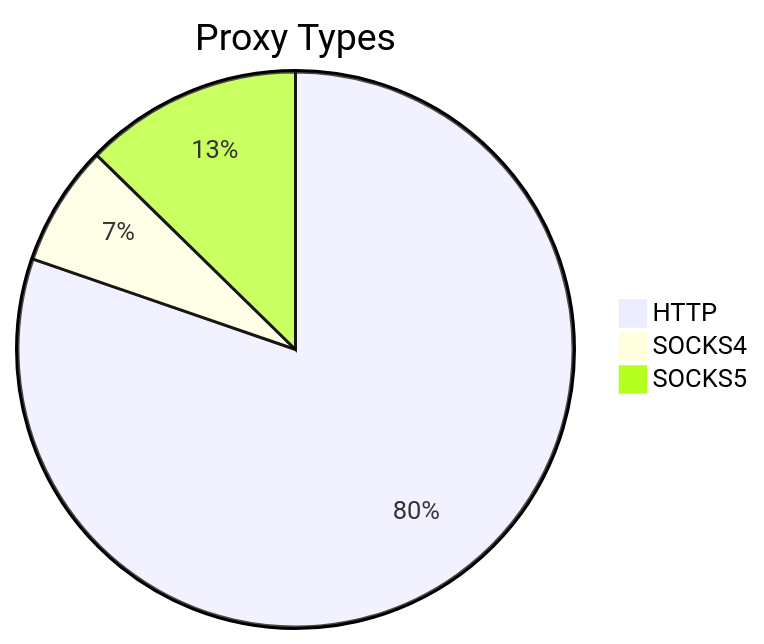
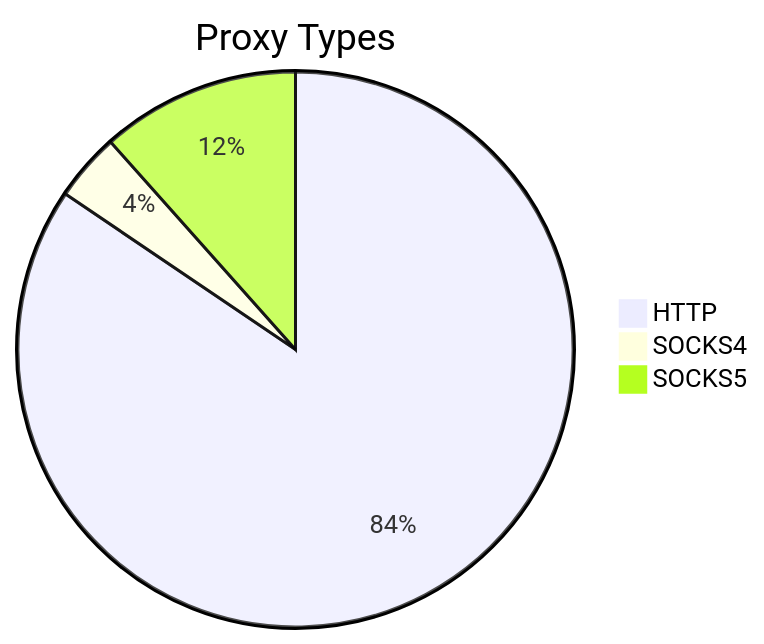
The first of 2 diagrams in README.md (stormsia/proxy-list), drawn with Mermaid before and after one commit. The commit also changed other lines of this file, not shown here.

````diff
--- a/README.md
+++ b/README.md
@@ -21,6 +21,6 @@
 ```mermaid
 pie title Proxy Types
-    "HTTP" : 285
-    "SOCKS4" : 25
-    "SOCKS5" : 45
+    "HTTP" : 299
+    "SOCKS4" : 14
+    "SOCKS5" : 41
 ```
````
